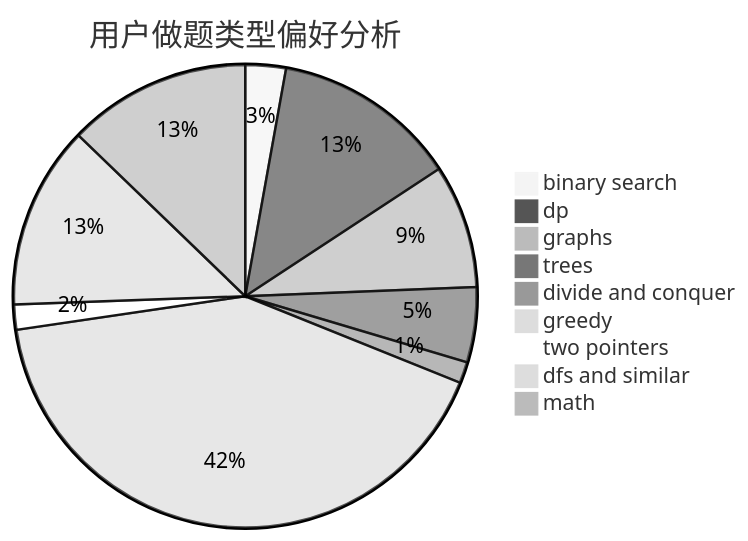
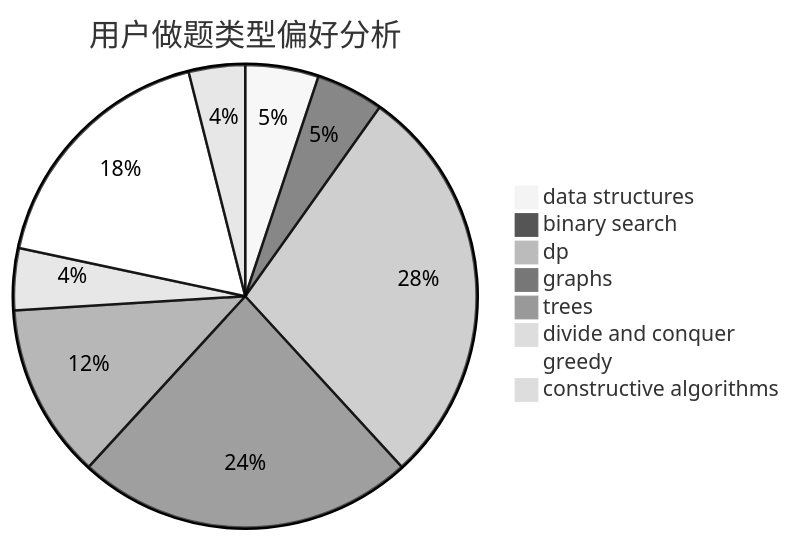
The second of 3 diagrams in docs/user/u2751.md (sherpahu/cfrs.github.io), drawn with Mermaid (neutral theme) before and after one commit. The commit also changed other lines of this file and 2775 other files, not shown here.

````diff
--- a/docs/user/u2751.md
+++ b/docs/user/u2751.md
@@ -23,12 +23,11 @@
 ```mermaid
 pie title 用户做题类型偏好分析
-    "binary search" :  21
-    "dp" :  96
-    "graphs" :  64
-    "trees" :  39
+    "data structures" :  13
+    "binary search" :  12
+    "dp" :  72
+    "graphs" :  60
+    "trees" :  31
     "divide and conquer" :  11
-    "greedy" :  309
-    "two pointers" :  13
-    "dfs and similar" :  95
-    "math" :  95
+    "greedy" :  45
+    "constructive algorithms" :  10
 ```
````
